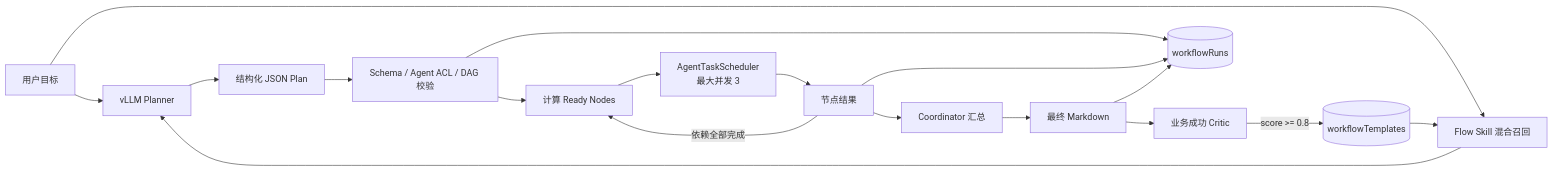
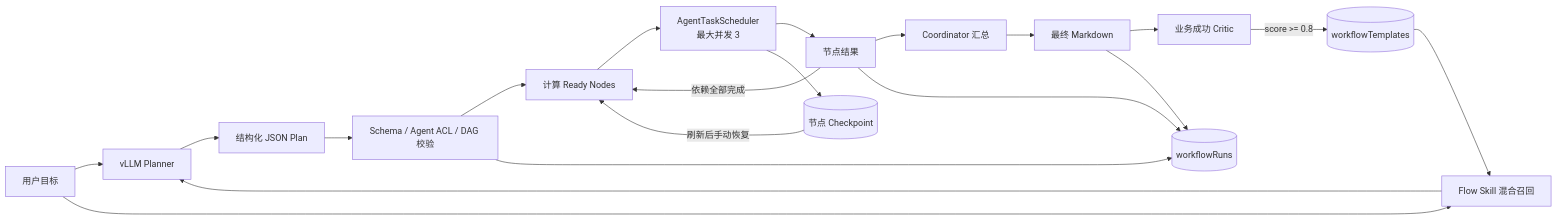
Before and after one commit to lijiajia96/llm-local: the seventh of 18 diagrams in ARCHITECTURE.md, drawn with Mermaid. The commit also changed other lines of this file and 10 other files, not shown here.

Commit message:
feat: add dynamic flow checkpoint recovery

````diff
--- a/ARCHITECTURE.md
+++ b/ARCHITECTURE.md
@@ -352,20 +352,22 @@
 ```mermaid
 flowchart LR
     Goal[用户目标] --> Planner[vLLM Planner]
     Goal --> Recall[Flow Skill 混合召回]
     Recall --> Planner
     Planner --> JSON[结构化 JSON Plan]
     JSON --> Validate[Schema / Agent ACL / DAG 校验]
     Validate --> Ready[计算 Ready Nodes]
     Ready --> Scheduler[AgentTaskScheduler<br/>最大并发 3]
     Scheduler --> Results[节点结果]
+    Scheduler --> Checkpoint[(节点 Checkpoint)]
+    Checkpoint -->|刷新后手动恢复| Ready
     Results -->|依赖全部完成| Ready
     Results --> Synthesis[Coordinator 汇总]
     Synthesis --> Answer[最终 Markdown]
     Answer --> Critic[业务成功 Critic]
     Critic -->|score >= 0.8| Template[(workflowTemplates)]
     Template --> Recall
     Validate --> Store[(workflowRuns)]
     Results --> Store
     Answer --> Store
 ```
````
